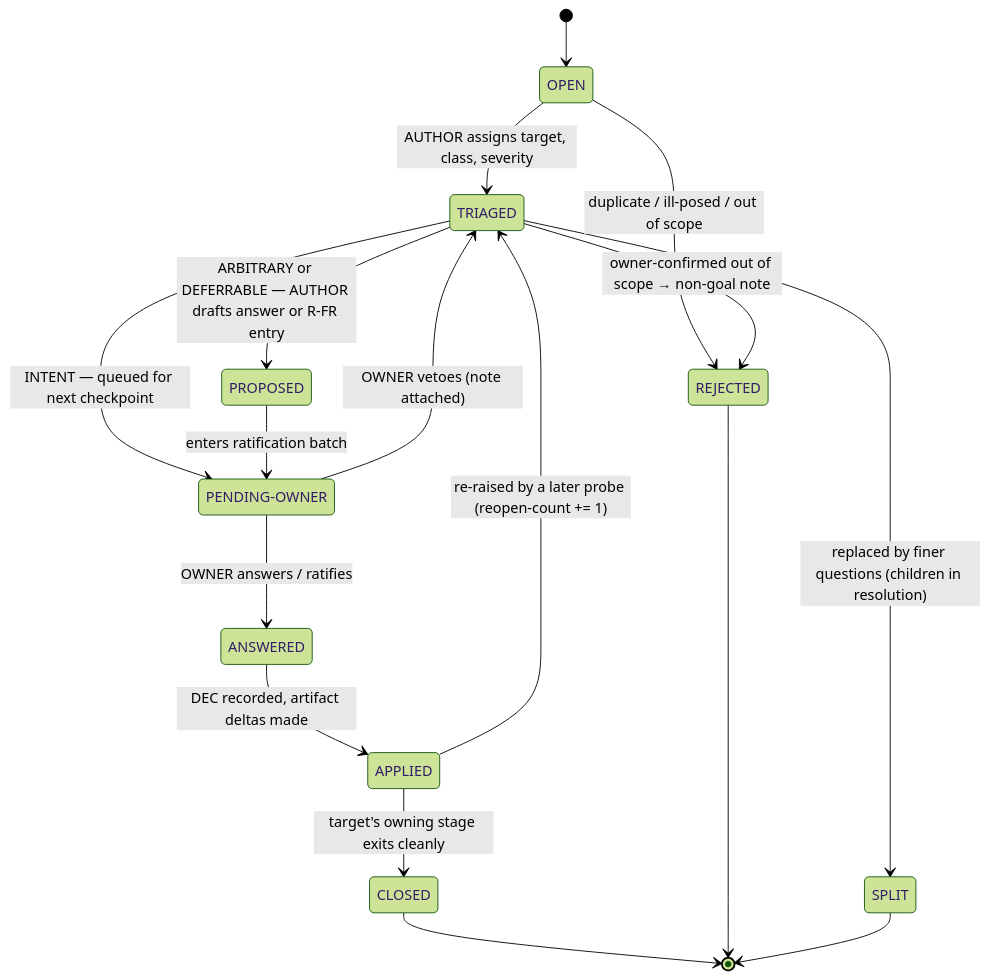
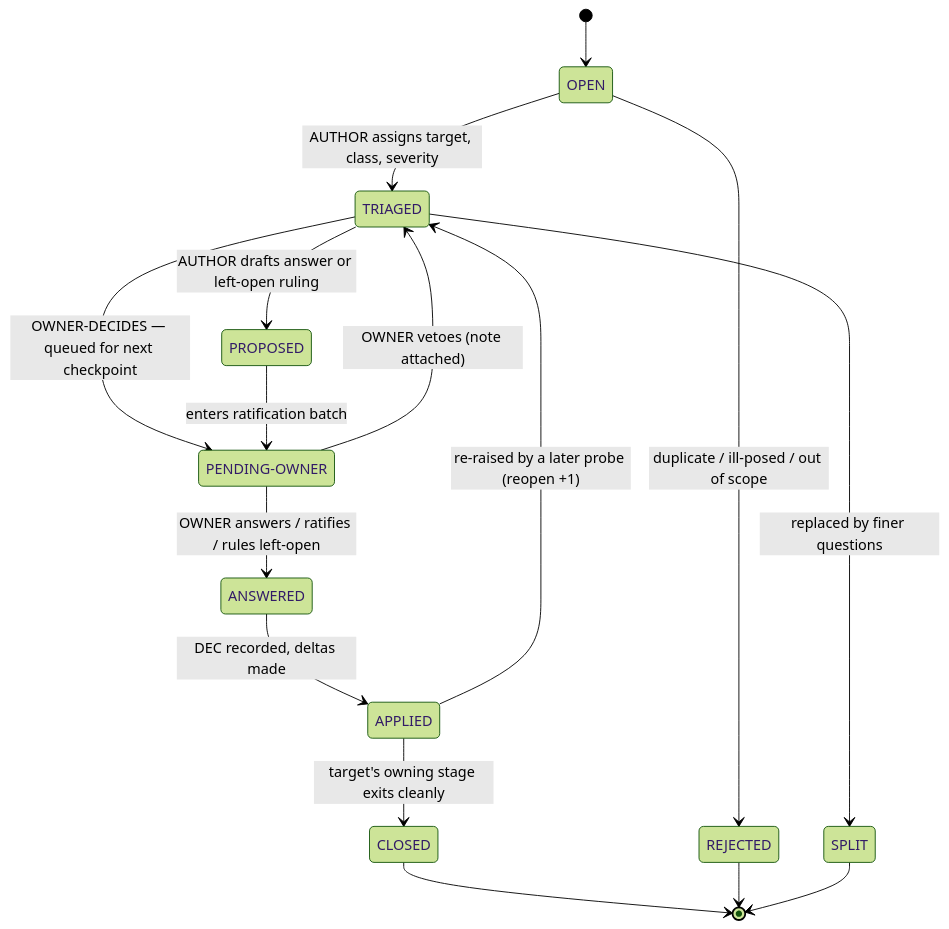
One commit to lago-morph/idea-pipeline changed the first of 3 diagrams in spec-completeness/process.md. Above: the diagram before and after it, drawn with Mermaid (forest theme). The commit also changed other lines of this file and 1 other file, not shown here.

First line of the commit message:
Rewrite artifact-model.md and process.md around use cases (round one)

````diff
--- a/spec-completeness/process.md
+++ b/spec-completeness/process.md
@@ -304,20 +273,19 @@
 ```mermaid
 stateDiagram-v2
     [*] --> OPEN
     state "PENDING-OWNER" as PO
     OPEN --> TRIAGED: AUTHOR assigns target, class, severity
     OPEN --> REJECTED: duplicate / ill-posed / out of scope
-    TRIAGED --> PROPOSED: ARBITRARY or DEFERRABLE — AUTHOR drafts answer or R-FR entry
-    TRIAGED --> PO: INTENT — queued for next checkpoint
-    TRIAGED --> SPLIT: replaced by finer questions (children in resolution)
-    TRIAGED --> REJECTED: owner-confirmed out of scope → non-goal note
+    TRIAGED --> PROPOSED: AUTHOR drafts answer or left-open ruling
+    TRIAGED --> PO: OWNER-DECIDES — queued for next checkpoint
+    TRIAGED --> SPLIT: replaced by finer questions
     PROPOSED --> PO: enters ratification batch
-    PO --> ANSWERED: OWNER answers / ratifies
+    PO --> ANSWERED: OWNER answers / ratifies / rules left-open
     PO --> TRIAGED: OWNER vetoes (note attached)
-    ANSWERED --> APPLIED: DEC recorded, artifact deltas made
-    APPLIED --> TRIAGED: re-raised by a later probe (reopen-count += 1)
+    ANSWERED --> APPLIED: DEC recorded, deltas made
+    APPLIED --> TRIAGED: re-raised by a later probe (reopen +1)
     APPLIED --> CLOSED: target's owning stage exits cleanly
     CLOSED --> [*]
     REJECTED --> [*]
     SPLIT --> [*]
 ```
````
